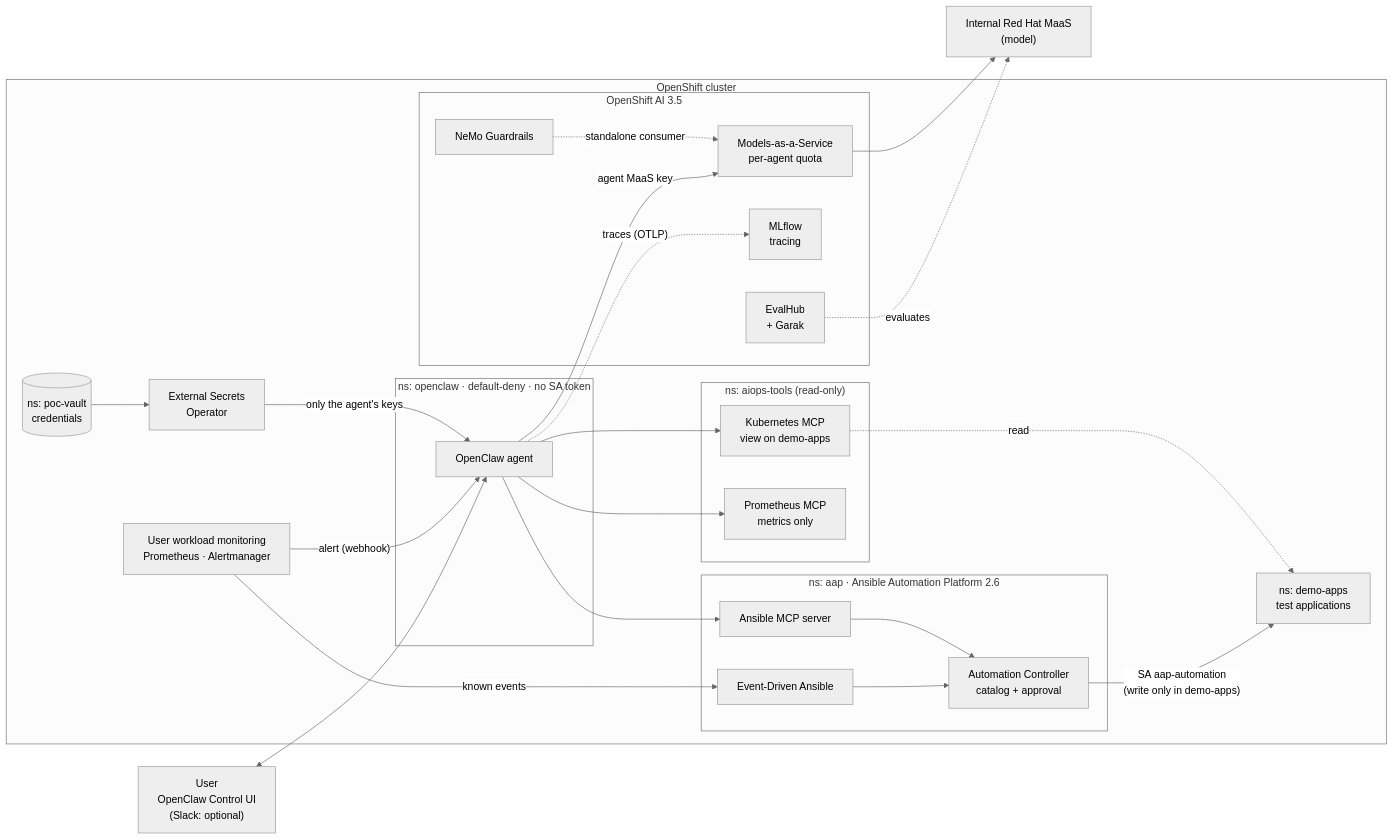
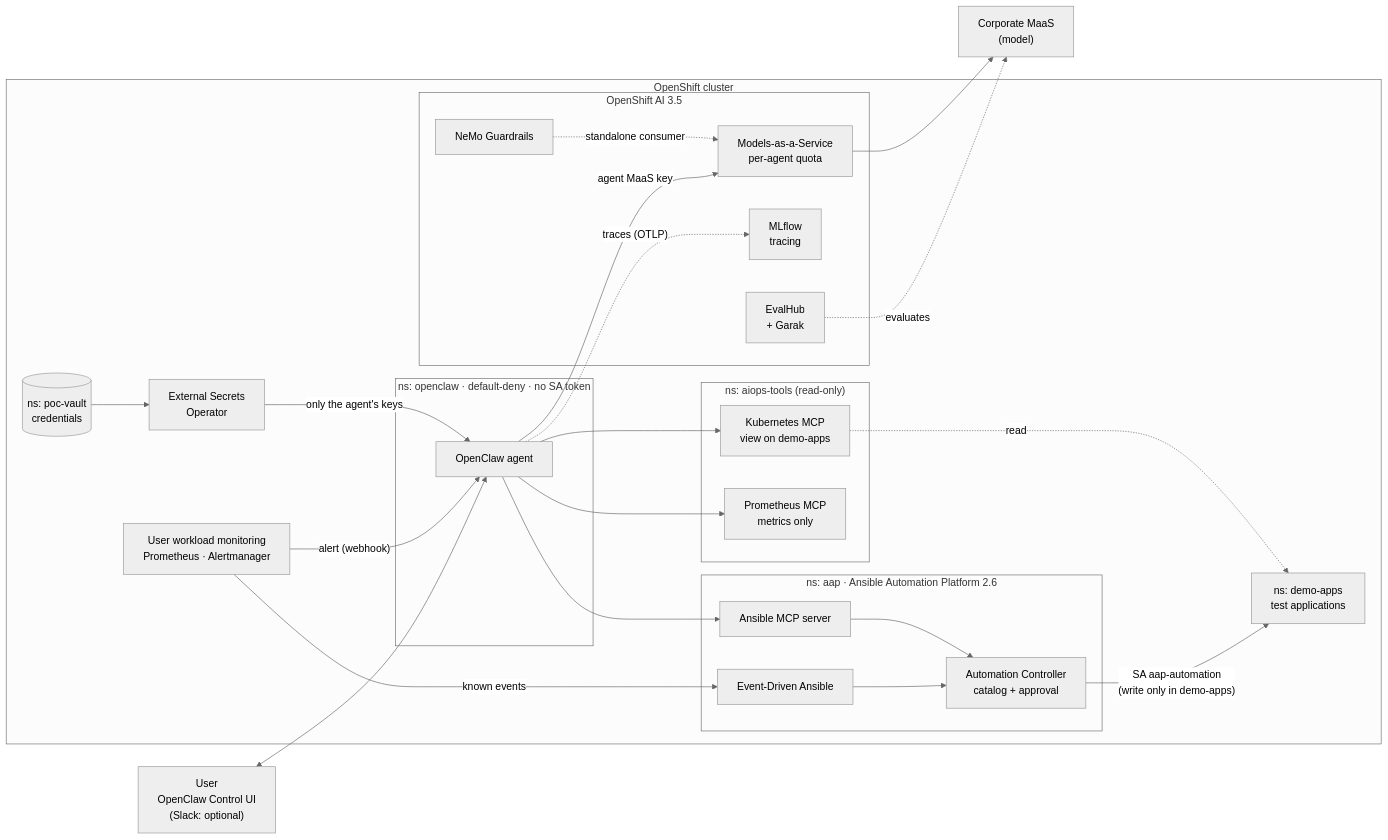
One commit to lccherri/openclaw-aiops-poc changed the first of 2 diagrams in README.md. Above: the diagram before and after it, drawn with Mermaid (neutral theme). The commit also changed other lines of this file and 16 other files, not shown here.

````diff
--- a/README.md
+++ b/README.md
@@ -54,50 +54,50 @@
 ```mermaid
 flowchart LR
     U["User<br/>OpenClaw Control UI<br/>(Slack: optional)"]
 
     subgraph OCP["OpenShift cluster"]
         subgraph AG["ns: openclaw · default-deny · no SA token"]
             OC["OpenClaw agent"]
         end
 
         VAULT[("ns: poc-vault<br/>credentials")]
         ESO["External Secrets<br/>Operator"]
 
         subgraph RHOAI["OpenShift AI 3.5"]
             MAAS["Models-as-a-Service<br/>per-agent quota"]
             GR["NeMo Guardrails"]
             MLF["MLflow<br/>tracing"]
             EVH["EvalHub<br/>+ Garak"]
         end
 
         subgraph TOOLS["ns: aiops-tools (read-only)"]
             MK["Kubernetes MCP<br/>view on demo-apps"]
             MP["Prometheus MCP<br/>metrics only"]
         end
 
         subgraph AAPNS["ns: aap · Ansible Automation Platform 2.6"]
             AMCP["Ansible MCP server"]
             CTRL["Automation Controller<br/>catalog + approval"]
             EDA["Event-Driven Ansible"]
         end
 
         MON["User workload monitoring<br/>Prometheus · Alertmanager"]
         APP["ns: demo-apps<br/>test applications"]
     end
 
-    EXT["Internal Red Hat MaaS<br/>(model)"]
+    EXT["Corporate MaaS<br/>(model)"]
 
     U <--> OC
     VAULT --> ESO -- "only the agent's keys" --> OC
     MON -- "alert (webhook)" --> OC
     MON -- "known events" --> EDA
     OC -- "agent MaaS key" --> MAAS --> EXT
     GR -. "standalone consumer" .-> MAAS
     OC -. "traces (OTLP)" .-> MLF
     OC --> MK
     OC --> MP
     OC --> AMCP --> CTRL -- "SA aap-automation<br/>(write only in demo-apps)" --> APP
     EDA --> CTRL
     EVH -. "evaluates" .-> EXT
     MK -. read .-> APP
 ```
````
